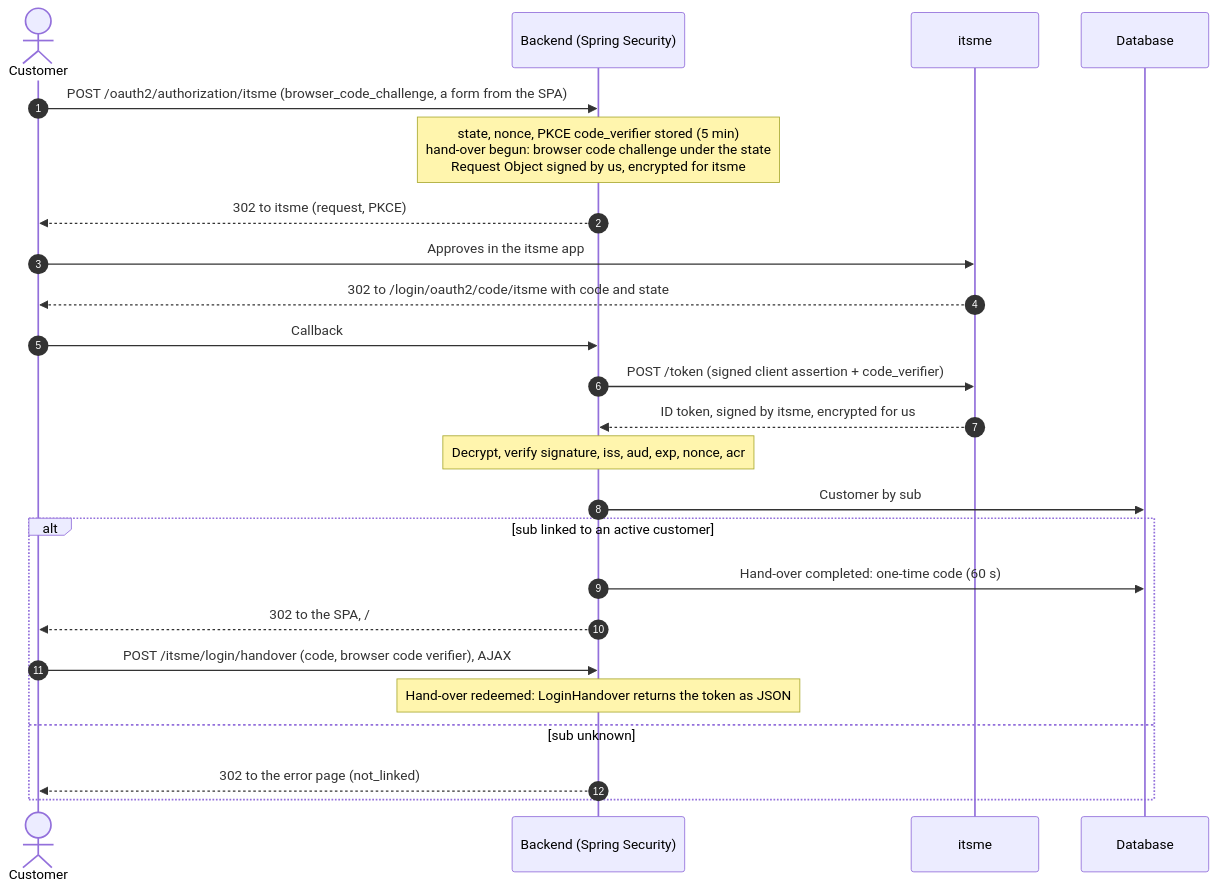
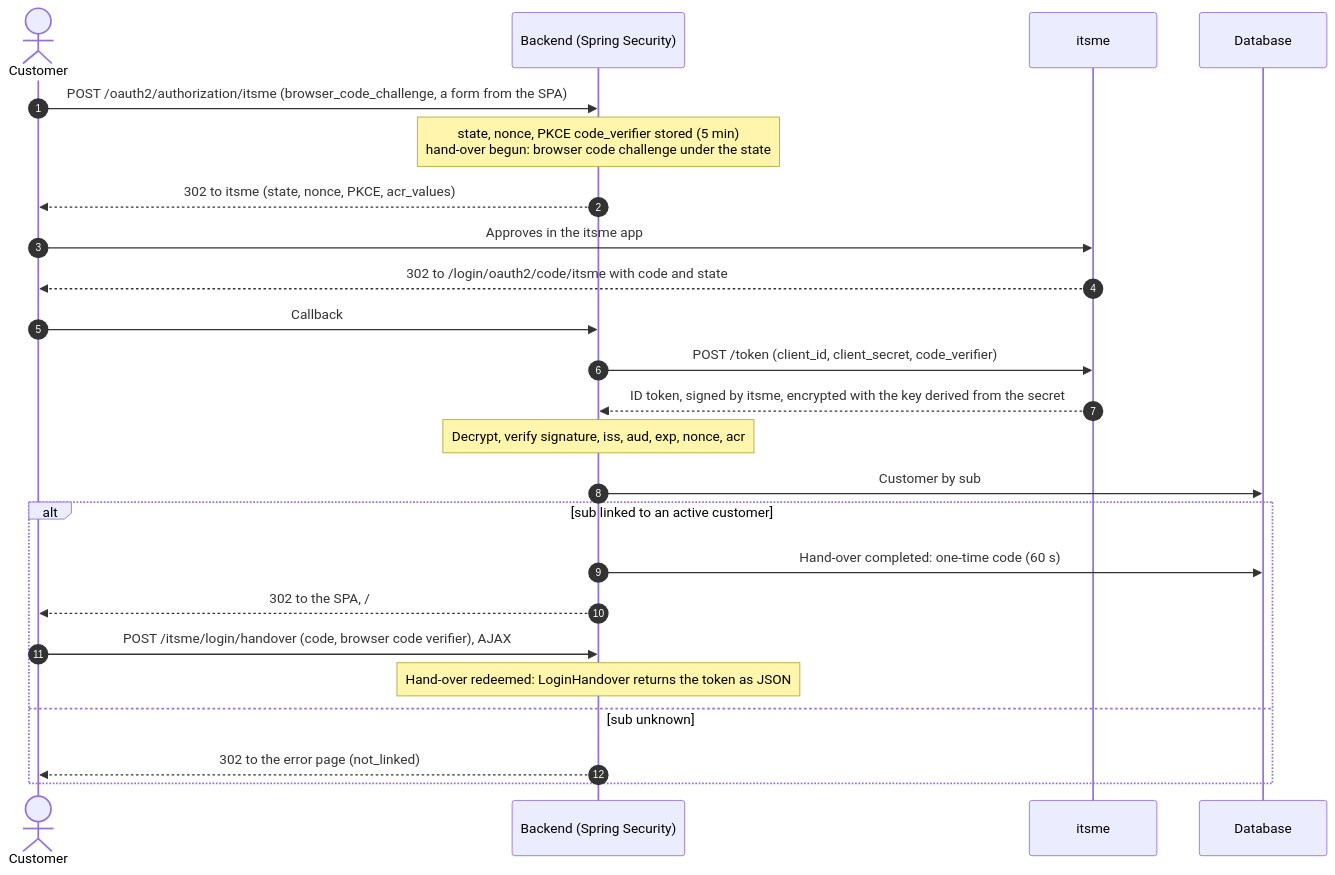
The first of 2 diagrams in README.md (damienbr/stateless-oidc-login-sample), drawn with Mermaid before and after one commit. The commit also changed other lines of this file and 35 other files, not shown here.

````diff
--- a/README.md
+++ b/README.md
@@ -319,27 +306,27 @@
 ```mermaid
 sequenceDiagram
     autonumber
     actor U as Customer
     participant B as Backend (Spring Security)
     participant I as itsme
     participant D as Database
 
     U->>B: POST /oauth2/authorization/itsme (browser_code_challenge, a form from the SPA)
-    Note over B: state, nonce, PKCE code_verifier stored (5 min)<br/>hand-over begun: browser code challenge under the state<br/>Request Object signed by us, encrypted for itsme
-    B-->>U: 302 to itsme (request, PKCE)
+    Note over B: state, nonce, PKCE code_verifier stored (5 min)<br/>hand-over begun: browser code challenge under the state
+    B-->>U: 302 to itsme (state, nonce, PKCE, acr_values)
     U->>I: Approves in the itsme app
     I-->>U: 302 to /login/oauth2/code/itsme with code and state
     U->>B: Callback
-    B->>I: POST /token (signed client assertion + code_verifier)
-    I-->>B: ID token, signed by itsme, encrypted for us
+    B->>I: POST /token (client_id, client_secret, code_verifier)
+    I-->>B: ID token, signed by itsme, encrypted with the key derived from the secret
     Note over B: Decrypt, verify signature, iss, aud, exp, nonce, acr
     B->>D: Customer by sub
     alt sub linked to an active customer
         B->>D: Hand-over completed: one-time code (60 s)
         B-->>U: 302 to the SPA, /#handover=code
         U->>B: POST /itsme/login/handover (code, browser code verifier), AJAX
         Note over B: Hand-over redeemed: LoginHandover returns the token as JSON
     else sub unknown
         B-->>U: 302 to the error page (not_linked)
     end
 ```
````
